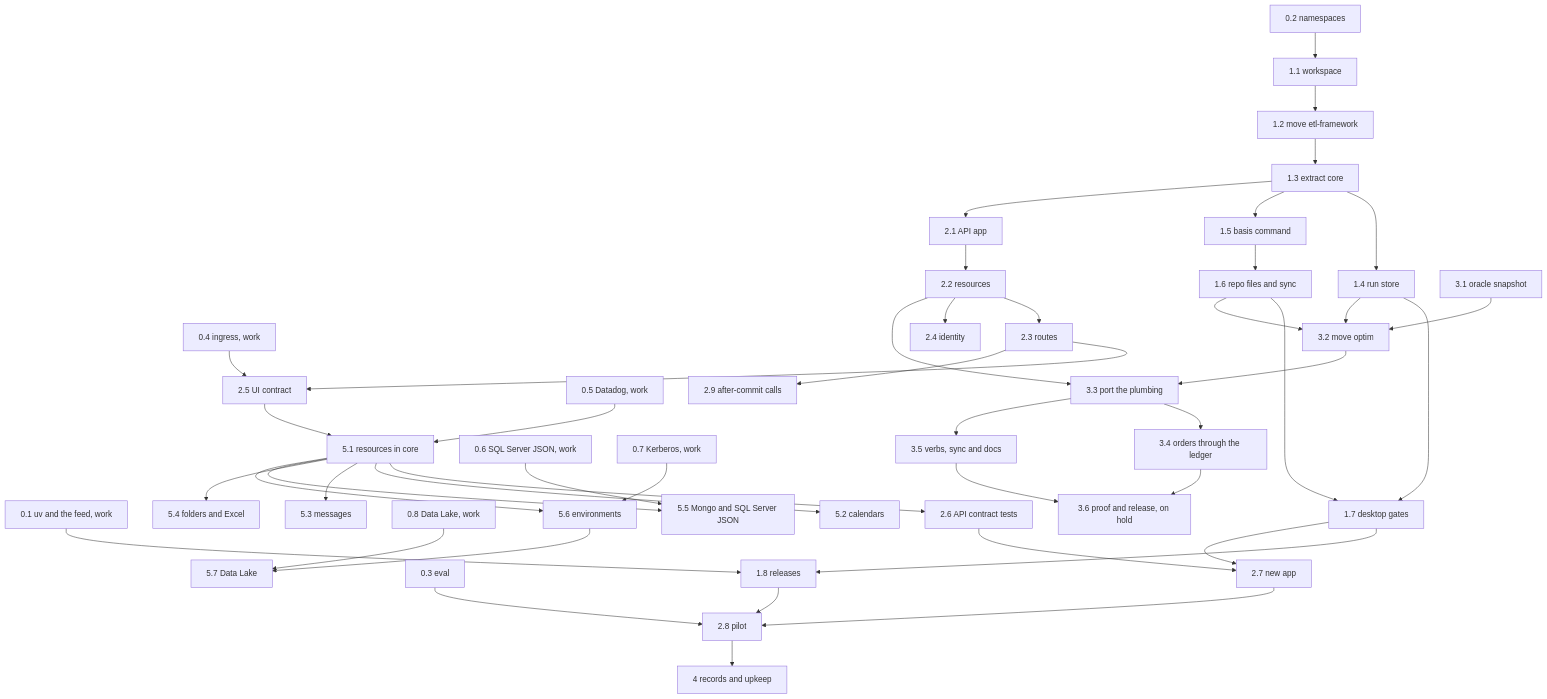
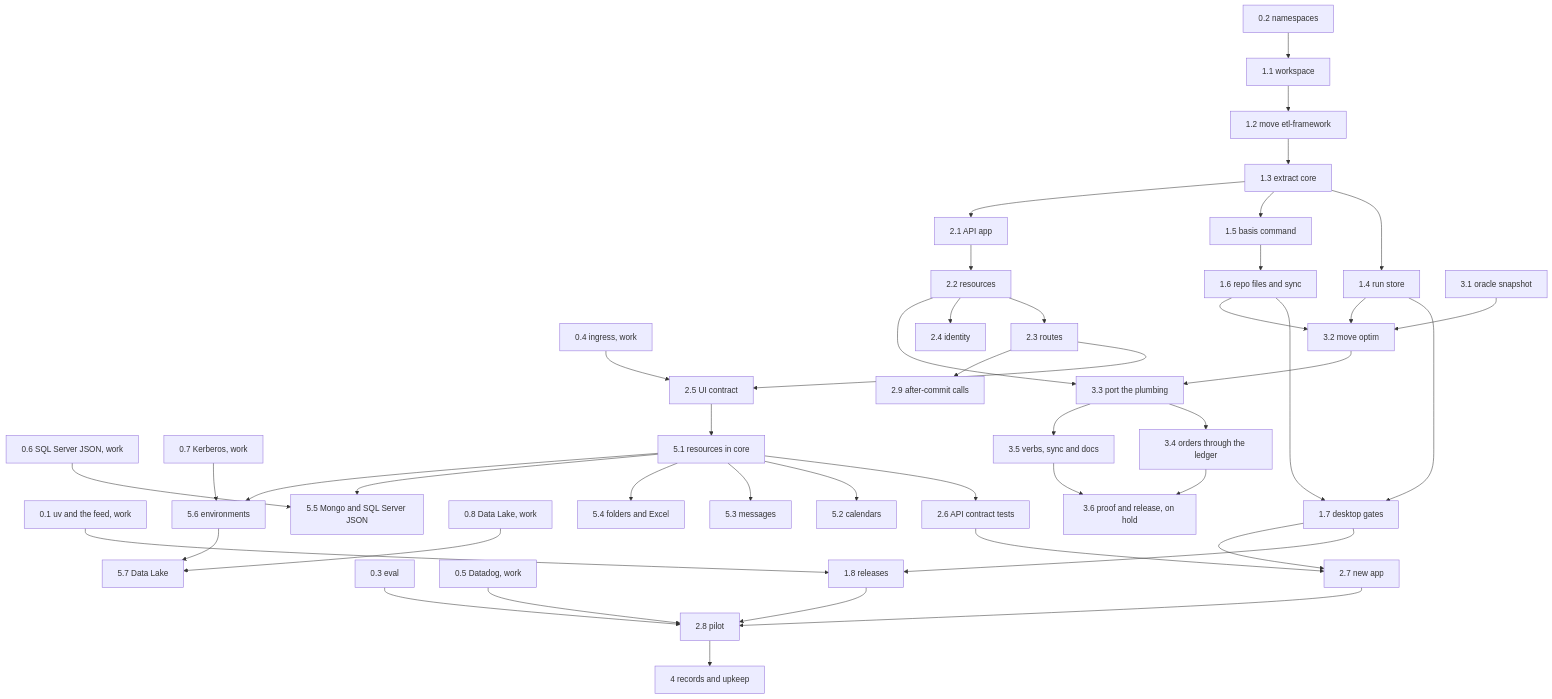
Before and after one commit to jacobragsdale/basis: the diagram in docs/roadmap.md, drawn with Mermaid. The commit also changed other lines of this file, not shown here.

Commit message:
Step 5.1 waits for no spike: it exports to the OTLP endpoint its settings name and tests against a collector or an in-process exporter, and the pilot waits for spike 0.5 instead

````diff
--- a/docs/roadmap.md
+++ b/docs/roadmap.md
@@ -28,32 +28,32 @@
 ```mermaid
 flowchart TD
   s01[0.1 uv and the feed, work] --> r8[1.8 releases]
   s02[0.2 namespaces] --> r1[1.1 workspace]
   s03[0.3 eval] --> a8[2.8 pilot]
   s04[0.4 ingress, work] --> a5[2.5 UI contract]
-  s05[0.5 Datadog, work] --> c1[5.1 resources in core]
+  s05[0.5 Datadog, work] --> a8
   s06[0.6 SQL Server JSON, work] --> c5[5.5 Mongo and SQL Server JSON]
   s07[0.7 Kerberos, work] --> c6[5.6 environments]
   s08[0.8 Data Lake, work] --> c7[5.7 Data Lake]
   r1 --> r2[1.2 move etl-framework] --> r3[1.3 extract core]
   r3 --> r4[1.4 run store]
   r3 --> r5[1.5 basis command] --> r6[1.6 repo files and sync] --> r7[1.7 desktop gates]
   r4 --> r7
   r7 --> r8
-  r3 --> a1[2.1 API app] --> a2[2.2 resources] --> a3[2.3 routes] --> a5 --> c1 --> a6[2.6 API contract tests] --> a7[2.7 new app] --> a8
+  r3 --> a1[2.1 API app] --> a2[2.2 resources] --> a3[2.3 routes] --> a5 --> c1[5.1 resources in core] --> a6[2.6 API contract tests] --> a7[2.7 new app] --> a8
   a2 --> a4[2.4 identity]
   a3 --> a9[2.9 after-commit calls]
   r7 --> a7
   r8 --> a8
   r4 --> o2[3.2 move optim]
   r6 --> o2
   o1[3.1 oracle snapshot] --> o2 --> o3[3.3 port the plumbing] --> o4[3.4 orders through the ledger] --> o6[3.6 proof and release, on hold]
   a2 --> o3
   o3 --> o5[3.5 verbs, sync and docs] --> o6
   a8 --> g[4 records and upkeep]
   c1 --> c2[5.2 calendars]
   c1 --> c3[5.3 messages]
   c1 --> c4[5.4 folders and Excel]
   c1 --> c5
   c1 --> c6 --> c7
 ```
````
